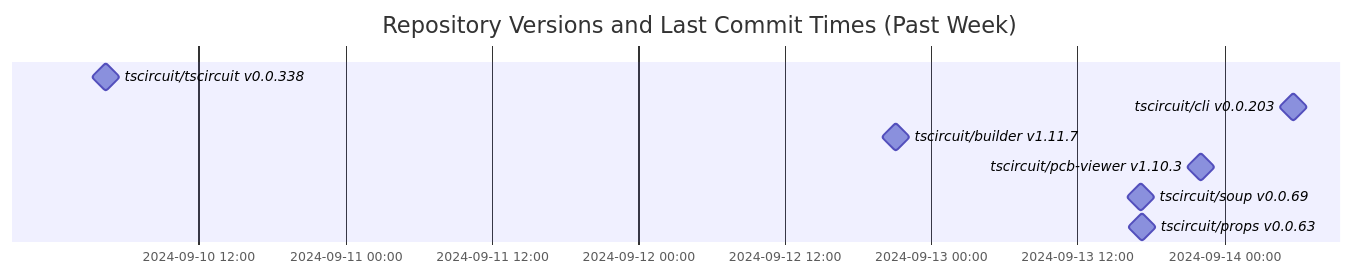
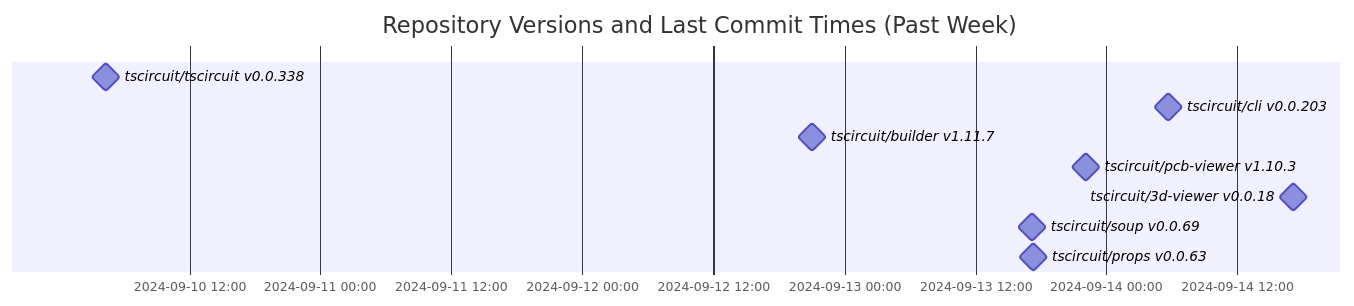
One commit to tscircuit/version-tracker changed the diagram in README.md. Above: the diagram before and after it, drawn with Mermaid.

Commit message:
Update chart

````diff
--- a/README.md
+++ b/README.md
@@ -1,13 +1,14 @@
 ```mermaid
 gantt
   dateFormat  YYYY-MM-DD HH:mm:ss
   title Repository Versions and Last Commit Times (Past Week)
   axisFormat %Y-%m-%d %H:%M
 
   tscircuit/tscircuit v0.0.338 : milestone, 2024-09-10 04:23:10, 1s
   tscircuit/cli v0.0.203 : milestone, 2024-09-14 05:39:51, 1s
   tscircuit/builder v1.11.7 : milestone, 2024-09-12 21:03:51, 1s
   tscircuit/pcb-viewer v1.10.3 : milestone, 2024-09-13 22:06:50, 1s
+  tscircuit/3d-viewer v0.0.18 : milestone, 2024-09-14 17:06:37, 1s
   tscircuit/soup v0.0.69 : milestone, 2024-09-13 17:08:57, 1s
   tscircuit/props v0.0.63 : milestone, 2024-09-13 17:18:44, 1s
 ```
````
